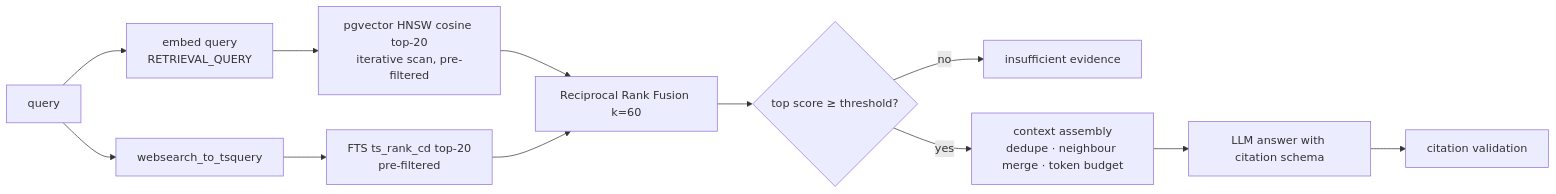
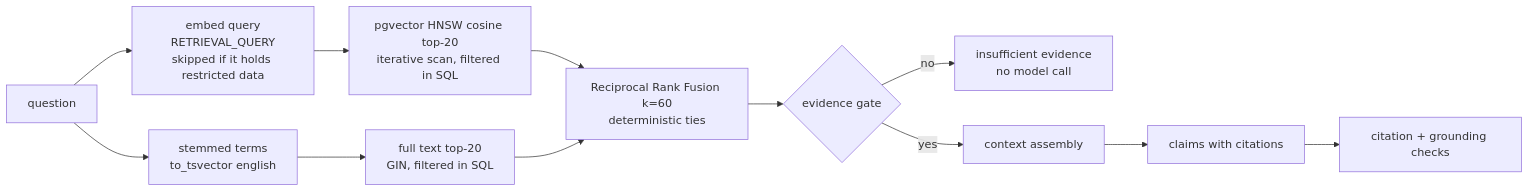
Before and after one commit to Prabhat8726/Intelligent-Rag-System: the diagram in docs/architecture/07-rag-architecture.md, drawn with Mermaid. The commit also changed other lines of this file and 13 other files, not shown here.

First line of the commit message:
Phase 6 documentation: RAG architecture as built, ADR-042..048, settings

````diff
--- a/docs/architecture/07-rag-architecture.md
+++ b/docs/architecture/07-rag-architecture.md
@@ -39,13 +58,13 @@
 ```mermaid
 flowchart LR
-  Q[query] --> QE[embed query<br/>RETRIEVAL_QUERY]
-  Q --> FT[websearch_to_tsquery]
-  QE --> V[pgvector HNSW cosine top-20<br/>iterative scan, pre-filtered]
-  FT --> K[FTS ts_rank_cd top-20<br/>pre-filtered]
-  V & K --> RRF[Reciprocal Rank Fusion k=60]
-  RRF --> TH{top score ≥ threshold?}
-  TH -- no --> INS[insufficient evidence]
-  TH -- yes --> CA[context assembly<br/>dedupe · neighbour merge · token budget]
-  CA --> GEN[LLM answer with citation schema]
-  GEN --> CV[citation validation]
+  Q[question] --> QE[embed query<br/>RETRIEVAL_QUERY<br/>skipped if it holds restricted data]
+  Q --> FT[stemmed terms<br/>to_tsvector english]
+  QE --> V[pgvector HNSW cosine top-20<br/>iterative scan, filtered in SQL]
+  FT --> K[full text top-20<br/>GIN, filtered in SQL]
+  V & K --> RRF[Reciprocal Rank Fusion k=60<br/>deterministic ties]
+  RRF --> G{evidence gate}
+  G -- no --> INS[insufficient evidence<br/>no model call]
+  G -- yes --> CA[context assembly]
+  CA --> GEN[claims with citations]
+  GEN --> CV[citation + grounding checks]
 ```
````
